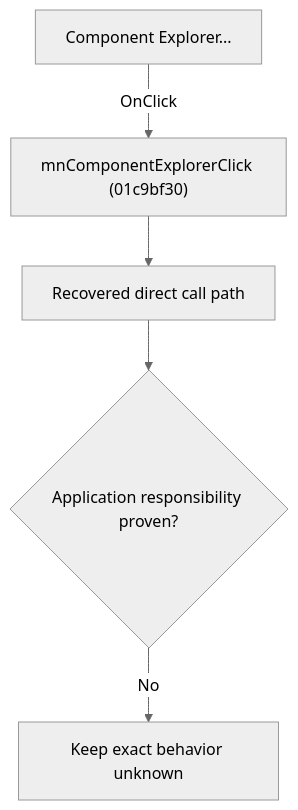
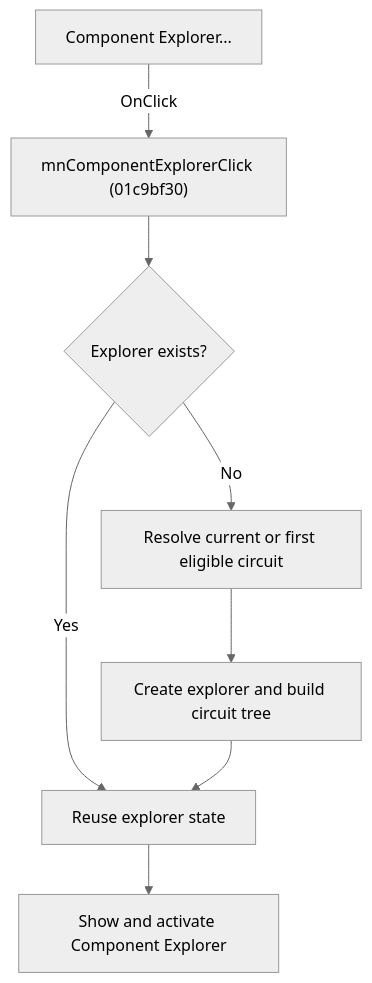
Before and after one commit to MovGP0/TIARA: the diagram in docs/ui-controls/schematiceditor/mncomponentexplorer-35fcbe6054.md, drawn with Mermaid (neutral theme). The commit also changed other lines of this file and 241 other files, not shown here.

````diff
--- a/docs/ui-controls/schematiceditor/mncomponentexplorer-35fcbe6054.md
+++ b/docs/ui-controls/schematiceditor/mncomponentexplorer-35fcbe6054.md
@@ -27,7 +29,10 @@
 ```mermaid
 flowchart TD
-    control["Component Explorer..."] -->|"OnClick"| handler["mnComponentExplorerClick (01c9bf30)"]
-    handler --> recovered["Recovered direct call path"]
-    recovered --> gap{"Application responsibility proven?"}
-    gap -->|"No"| blocked["Keep exact behavior unknown"]
+    control["Component Explorer..."] -->|OnClick| handler["mnComponentExplorerClick (01c9bf30)"]
+    handler --> singleton{"Explorer exists?"}
+    singleton -->|No| select["Resolve current or first eligible circuit"]
+    select --> initialize["Create explorer and build circuit tree"]
+    singleton -->|Yes| show["Reuse explorer state"]
+    initialize --> show
+    show --> activate["Show and activate Component Explorer"]
 ```
````
